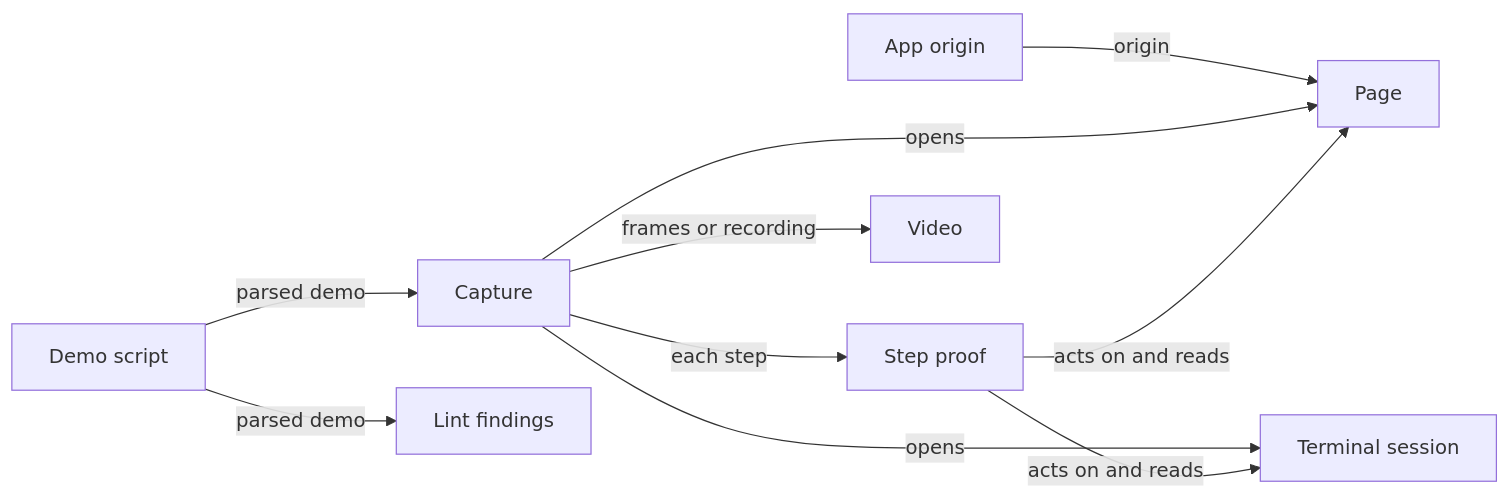
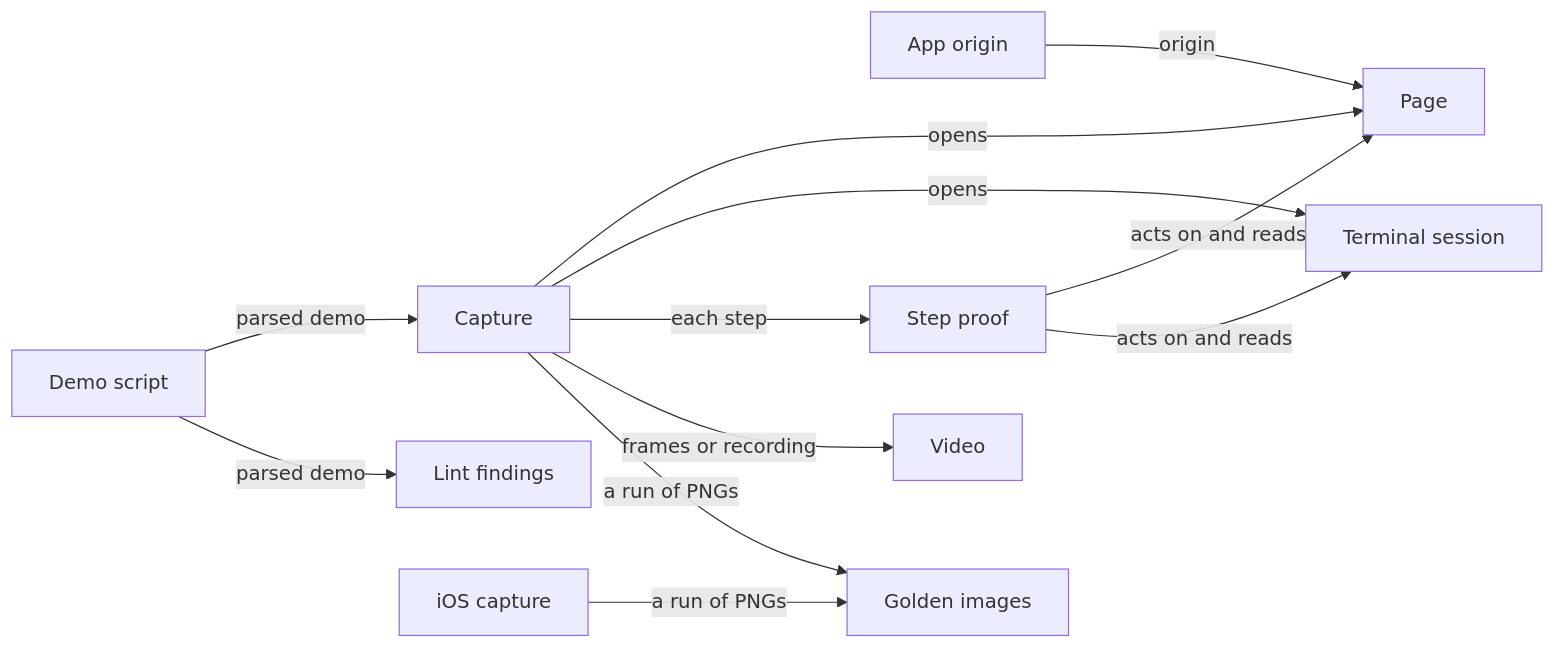
The diagram in docs/architecture.md (zookanalytics/sprintshow), drawn with Mermaid before and after one commit. The commit also changed other lines of this file, not shown here.

````diff
--- a/docs/architecture.md
+++ b/docs/architecture.md
@@ -81,12 +94,14 @@
 ```mermaid
 flowchart LR
   script[Demo script] -->|parsed demo| capture[Capture]
   script -->|parsed demo| lint[Lint findings]
   origin[App origin] -->|origin| page[Page]
   capture -->|opens| page
   capture -->|opens| term[Terminal session]
   capture -->|each step| proof[Step proof]
   proof -->|acts on and reads| page
   proof -->|acts on and reads| term
   capture -->|frames or recording| video[Video]
+  capture -->|a run of PNGs| golden[Golden images]
+  ios[iOS capture] -->|a run of PNGs| golden
 ```
````
